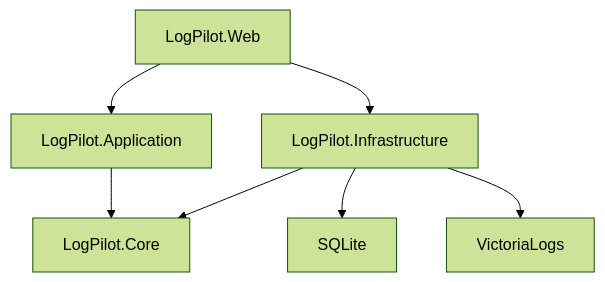
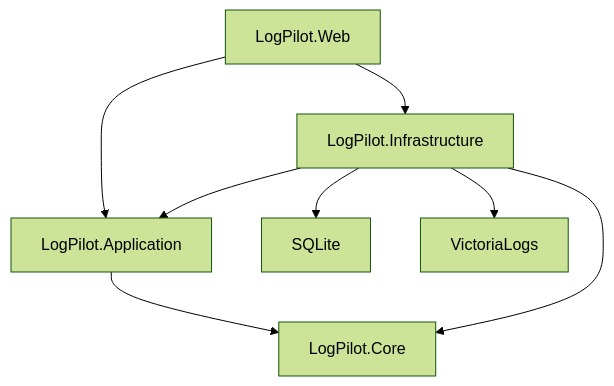
One commit to laibeishui/LogPilot changed the first of 3 diagrams in docs/04_LogPilot_V0.1_项目结构与开发规范.md. Above: the diagram before and after it, drawn with Mermaid (forest theme). The commit also changed other lines of this file and 73 other files, not shown here.

````diff
--- a/docs/04_LogPilot_V0.1_项目结构与开发规范.md
+++ b/docs/04_LogPilot_V0.1_项目结构与开发规范.md
@@ -136,9 +136,10 @@
 ```mermaid
 graph TD
     A["LogPilot.Web"] --> B["LogPilot.Application"]
     A --> C["LogPilot.Infrastructure"]
     B --> D["LogPilot.Core"]
     C --> D
+    C --> B
     C --> E["SQLite"]
     C --> F["VictoriaLogs"]
 ```
````
